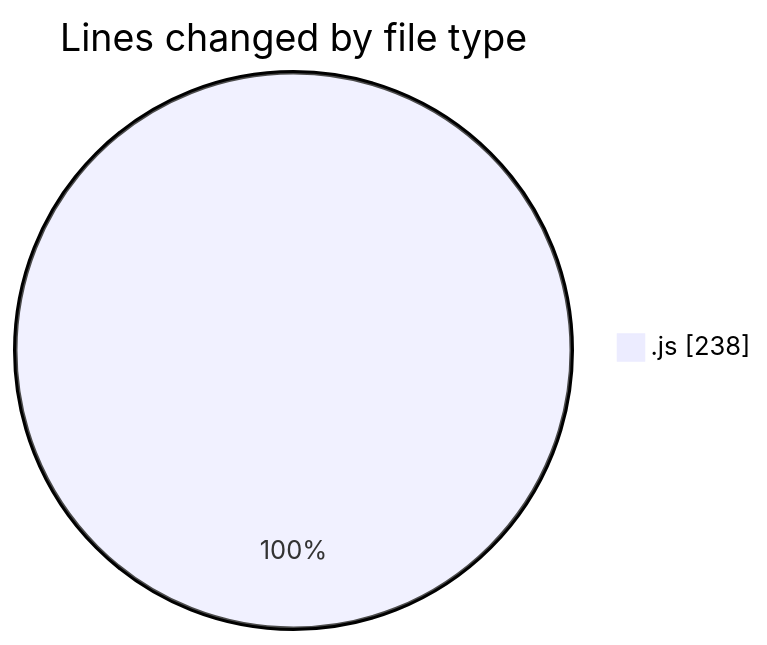
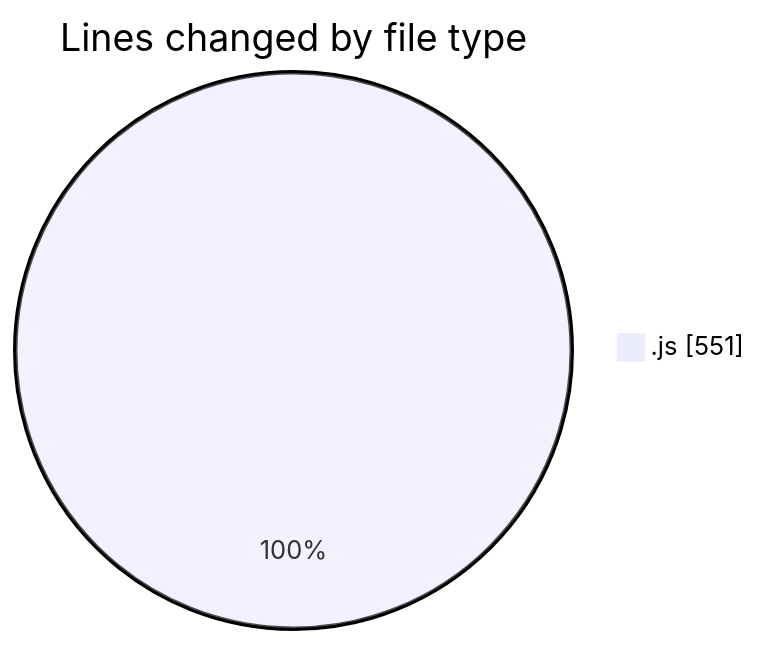
Before and after one commit to nxtqubesakshisongat/code-tracking: the first of 2 diagrams in 2025-11-16/argos/README.md, drawn with Mermaid. The commit also changed other lines of this file and 1 other file, not shown here.

````diff
--- a/2025-11-16/argos/README.md
+++ b/2025-11-16/argos/README.md
@@ -22,5 +23,5 @@
 ```mermaid
 pie showData
 title Lines changed by file type
-".js" : 238
+".js" : 551
 ```
````
